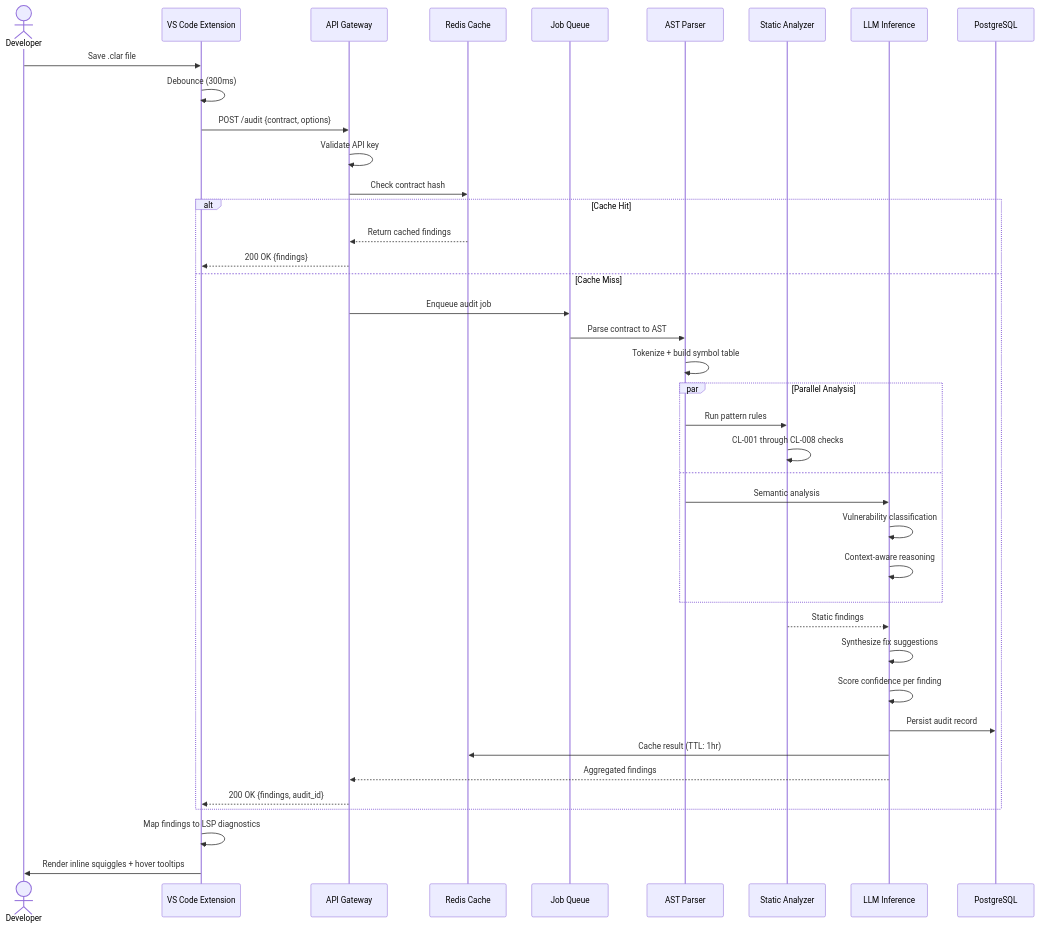
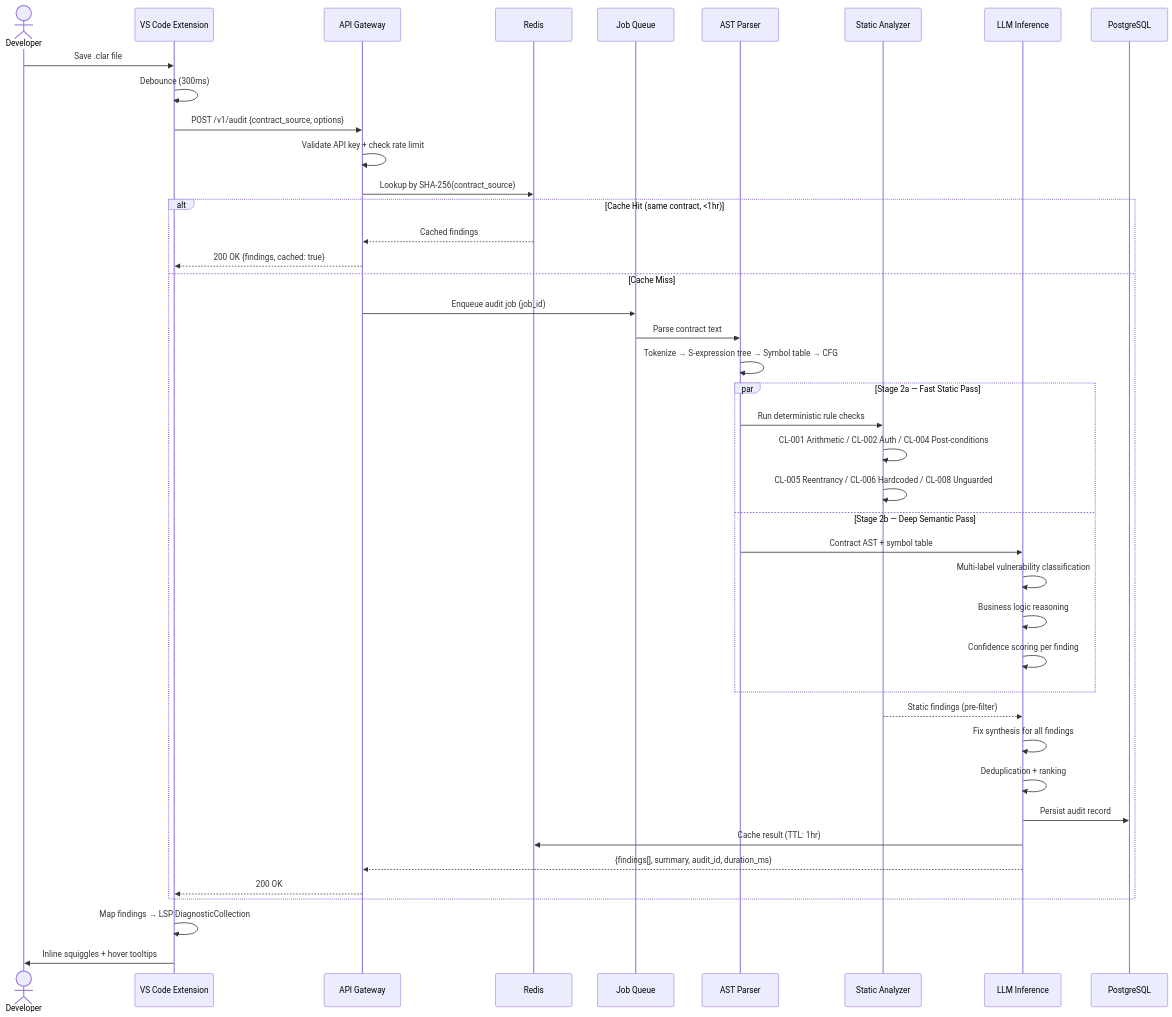
Before and after one commit to Nidhicodes/claritylens: the third of 8 diagrams in README.md, drawn with Mermaid. The commit also changed other lines of this file, not shown here.

````diff
--- a/README.md
+++ b/README.md
@@ -186,47 +176,49 @@
 ```mermaid
 sequenceDiagram
     actor Dev as Developer
     participant EXT as VS Code Extension
     participant GW as API Gateway
-    participant CACHE as Redis Cache
+    participant CACHE as Redis
     participant QUEUE as Job Queue
     participant AST as AST Parser
     participant SA as Static Analyzer
     participant LLM as LLM Inference
     participant DB as PostgreSQL
 
     Dev->>EXT: Save .clar file
     EXT->>EXT: Debounce (300ms)
-    EXT->>GW: POST /audit {contract, options}
-    GW->>GW: Validate API key
-    GW->>CACHE: Check contract hash
+    EXT->>GW: POST /v1/audit {contract_source, options}
+    GW->>GW: Validate API key + check rate limit
+    GW->>CACHE: Lookup by SHA-256(contract_source)
 
-    alt Cache Hit
-        CACHE-->>GW: Return cached findings
-        GW-->>EXT: 200 OK {findings}
+    alt Cache Hit (same contract, <1hr)
+        CACHE-->>GW: Cached findings
+        GW-->>EXT: 200 OK {findings, cached: true}
     else Cache Miss
-        GW->>QUEUE: Enqueue audit job
-        QUEUE->>AST: Parse contract to AST
-        AST->>AST: Tokenize + build symbol table
+        GW->>QUEUE: Enqueue audit job (job_id)
+        QUEUE->>AST: Parse contract text
+        AST->>AST: Tokenize → S-expression tree → Symbol table → CFG
 
-        par Parallel Analysis
-            AST->>SA: Run pattern rules
-            SA->>SA: CL-001 through CL-008 checks
-        and
-            AST->>LLM: Semantic analysis
-            LLM->>LLM: Vulnerability classification
-            LLM->>LLM: Context-aware reasoning
+        par Stage 2a — Fast Static Pass
+            AST->>SA: Run deterministic rule checks
+            SA->>SA: CL-001 Arithmetic / CL-002 Auth / CL-004 Post-conditions
+            SA->>SA: CL-005 Reentrancy / CL-006 Hardcoded / CL-008 Unguarded
+        and Stage 2b — Deep Semantic Pass
+            AST->>LLM: Contract AST + symbol table
+            LLM->>LLM: Multi-label vulnerability classification
+            LLM->>LLM: Business logic reasoning
+            LLM->>LLM: Confidence scoring per finding
         end
 
-        SA-->>LLM: Static findings
-        LLM->>LLM: Synthesize fix suggestions
-        LLM->>LLM: Score confidence per finding
+        SA-->>LLM: Static findings (pre-filter)
+        LLM->>LLM: Fix synthesis for all findings
+        LLM->>LLM: Deduplication + ranking
         LLM->>DB: Persist audit record
         LLM->>CACHE: Cache result (TTL: 1hr)
-        LLM-->>GW: Aggregated findings
-        GW-->>EXT: 200 OK {findings, audit_id}
+        LLM-->>GW: {findings[], summary, audit_id, duration_ms}
+        GW-->>EXT: 200 OK
     end
 
-    EXT->>EXT: Map findings to LSP diagnostics
-    EXT->>Dev: Render inline squiggles + hover tooltips
+    EXT->>EXT: Map findings → LSP DiagnosticCollection
+    EXT->>Dev: Inline squiggles + hover tooltips
 ```
````
